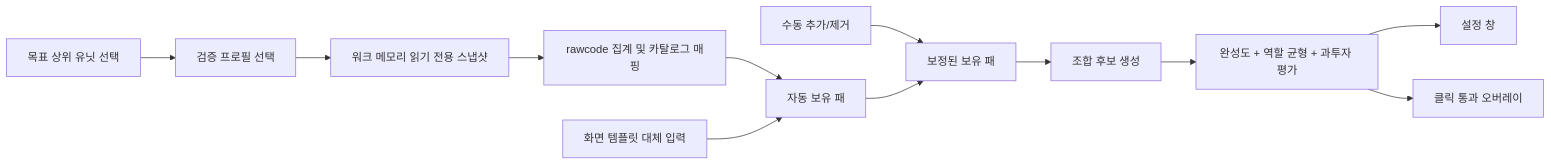
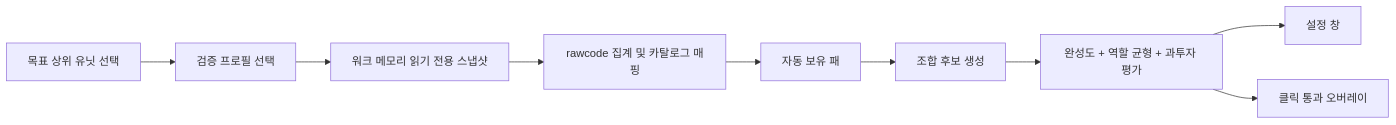
The diagram in ARCHITECTURE.md (AsmondKR/onepiece-random-defense-overlay), drawn with Mermaid before and after one commit. The commit also changed other lines of this file and 16 other files, not shown here.

````diff
--- a/ARCHITECTURE.md
+++ b/ARCHITECTURE.md
@@ -5,14 +8,11 @@
 ```mermaid
 flowchart LR
     A["목표 상위 유닛 선택"] --> B["검증 프로필 선택"]
     B --> C["워크 메모리 읽기 전용 스냅샷"]
     C --> D["rawcode 집계 및 카탈로그 매핑"]
     D --> E["자동 보유 패"]
-    L["화면 템플릿 대체 입력"] --> E
-    F["수동 추가/제거"] --> G["보정된 보유 패"]
-    E --> G
-    G --> H["조합 후보 생성"]
+    E --> H["조합 후보 생성"]
     H --> I["완성도 + 역할 균형 + 과투자 평가"]
     I --> J["설정 창"]
     I --> K["클릭 통과 오버레이"]
 ```
````
